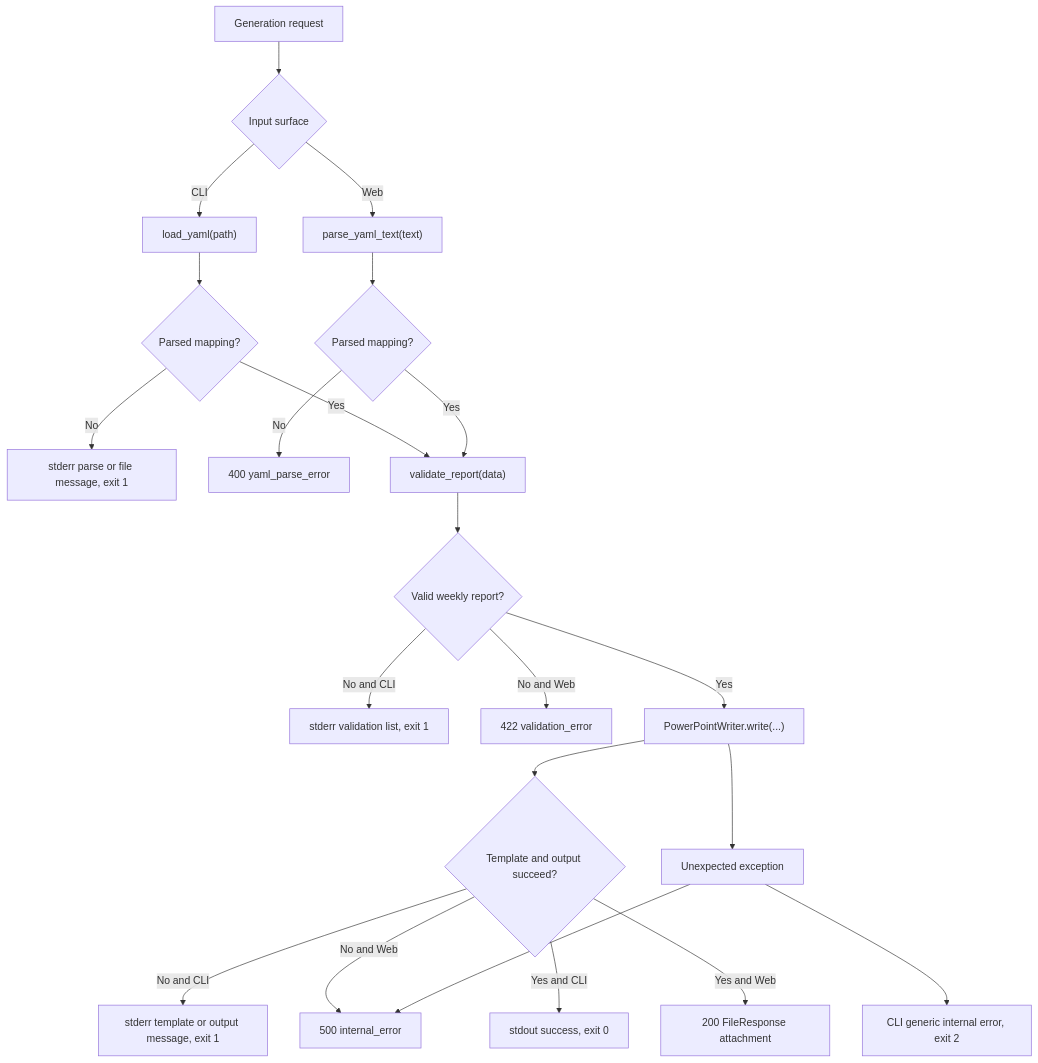
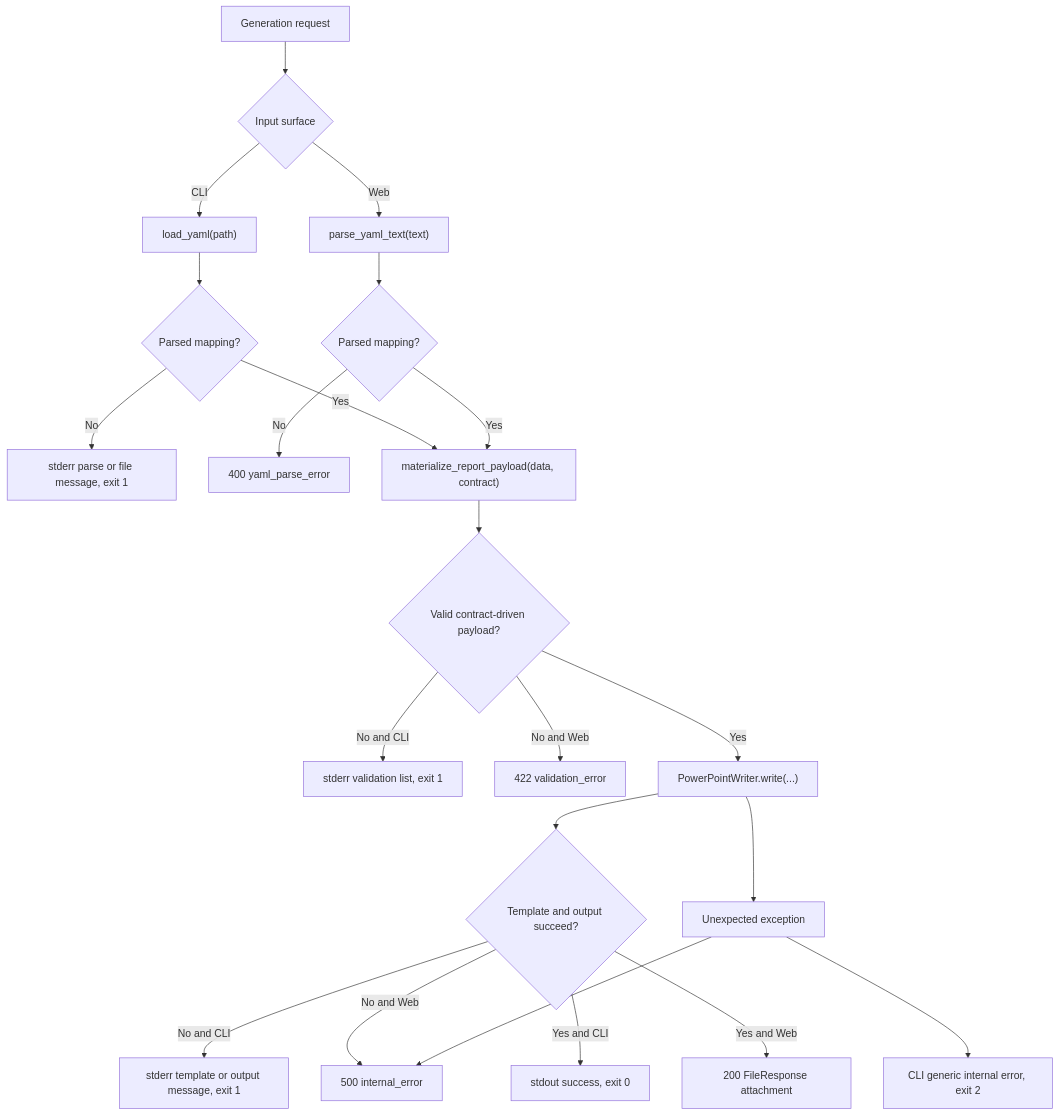
The diagram in docs/architecture/error-and-validation-map.md (tubtrb/autoreport), drawn with Mermaid before and after one commit. The commit also changed other lines of this file and 30 other files, not shown here.

Commit message:
sync repo guidance with current contract flow

````diff
--- a/docs/architecture/error-and-validation-map.md
+++ b/docs/architecture/error-and-validation-map.md
@@ -6,31 +6,31 @@
 ```mermaid
 flowchart TD
     START["Generation request"] --> INPUT{"Input surface"}
 
     INPUT -->|CLI| CLILOAD["load_yaml(path)"]
     INPUT -->|Web| WEBLOAD["parse_yaml_text(text)"]
 
     CLILOAD --> PARSEOK{"Parsed mapping?"}
     WEBLOAD --> WEBPARSEOK{"Parsed mapping?"}
 
     PARSEOK -->|No| CLIYAML["stderr parse or file message, exit 1"]
     WEBPARSEOK -->|No| WEBYAML["400 yaml_parse_error"]
 
-    PARSEOK -->|Yes| VALIDATE["validate_report(data)"]
+    PARSEOK -->|Yes| VALIDATE["materialize_report_payload(data, contract)"]
     WEBPARSEOK -->|Yes| VALIDATE
 
-    VALIDATE --> VALIDOK{"Valid weekly report?"}
+    VALIDATE --> VALIDOK{"Valid contract-driven payload?"}
     VALIDOK -->|No and CLI| CLIVAL["stderr validation list, exit 1"]
     VALIDOK -->|No and Web| WEBVAL["422 validation_error"]
 
     VALIDOK -->|Yes| WRITE["PowerPointWriter.write(...)"]
     WRITE --> WRITEOK{"Template and output succeed?"}
     WRITEOK -->|No and CLI| CLIWRITE["stderr template or output message, exit 1"]
     WRITEOK -->|No and Web| WEBINT["500 internal_error"]
     WRITEOK -->|Yes and CLI| CLISUCC["stdout success, exit 0"]
     WRITEOK -->|Yes and Web| WEBSUCC["200 FileResponse attachment"]
 
     WRITE --> UNEXPECTED["Unexpected exception"]
     UNEXPECTED --> CLIINT["CLI generic internal error, exit 2"]
     UNEXPECTED --> WEBINT
 ```
````
